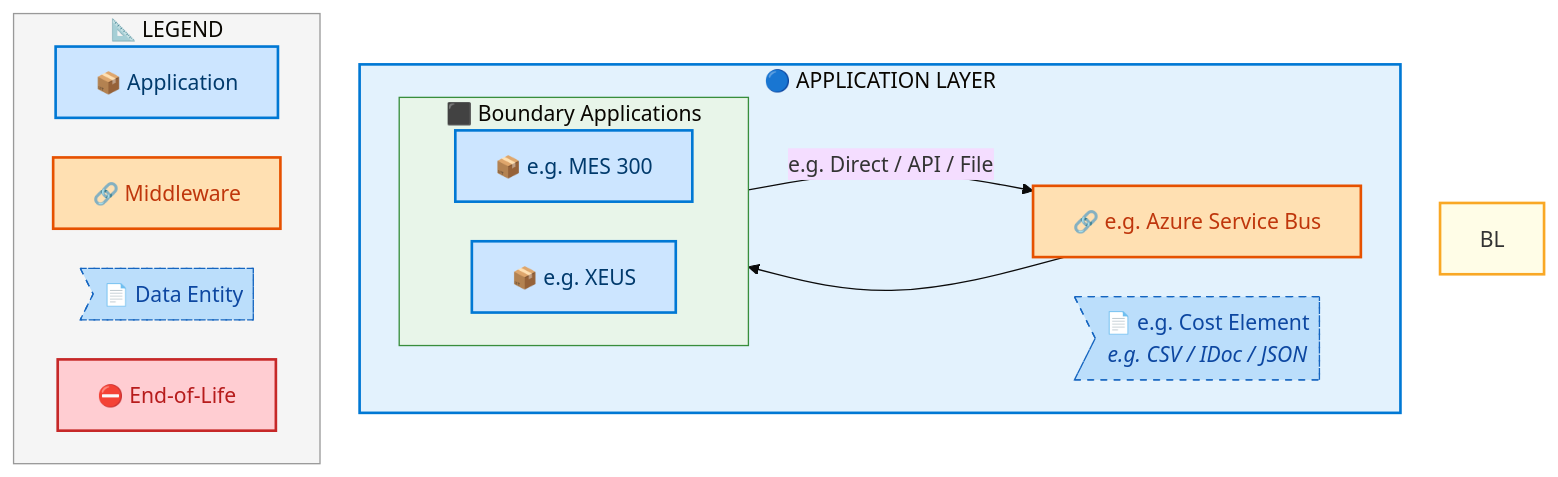
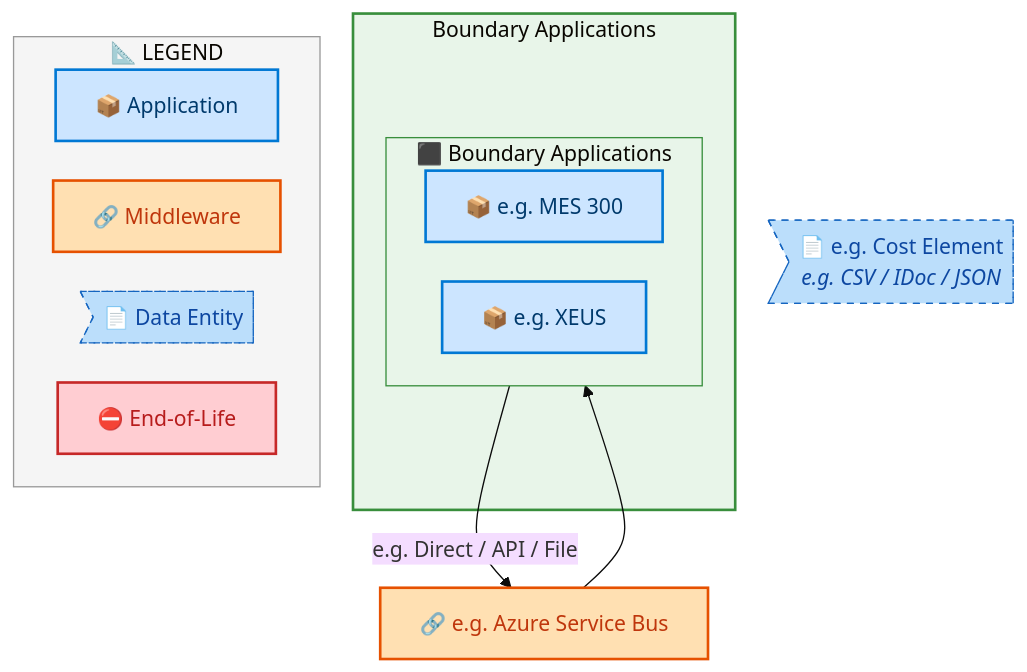
The fifth of 8 diagrams in towers/E2E/Order to Cash/Order_to_Cash_IP/output/docs/systems-architecture/Order_to_Cash_IP-Architecture.md (sajivfrancis777/IAO-Architecture), drawn with Mermaid before and after one commit. The commit also changed other lines of this file and 106 other files, not shown here.

First line of the commit message:
feat: tier-grouped swim lane layout for architecture diagrams

````diff
--- a/towers/E2E/Order to Cash/Order_to_Cash_IP/output/docs/systems-architecture/Order_to_Cash_IP-Architecture.md
+++ b/towers/E2E/Order to Cash/Order_to_Cash_IP/output/docs/systems-architecture/Order_to_Cash_IP-Architecture.md
@@ -625,41 +625,40 @@
 ```mermaid
 %%{init: {"theme": "base", "securityLevel": "loose", "themeVariables": {"fontSize": "16px", "fontFamily": "Segoe UI, Arial, sans-serif"}, "flowchart": {"useMaxWidth": false, "htmlLabels": true, "nodeSpacing": 30, "rankSpacing": 35}} }%%
 flowchart TB
     %% -- ArchiMate 3.2 + Azure style classes --
     classDef business      fill:#FFFFB3,stroke:#F9A825,stroke-width:2px,color:#000
     classDef app           fill:#CCE5FF,stroke:#0078D4,stroke-width:2px,color:#003A6C
     classDef data          fill:#BBDEFB,stroke:#1565C0,stroke-width:1px,color:#0D47A1,stroke-dasharray: 5 5
     classDef middleware    fill:#FFE0B2,stroke:#E65100,stroke-width:2px,color:#BF360C
     classDef eol           fill:#FFCDD2,stroke:#C62828,stroke-width:2px,color:#B71C1C
     classDef saas          fill:#E1BEE7,stroke:#7B1FA2,stroke-width:2px,color:#4A148C
     classDef cloud         fill:#BBDEFB,stroke:#1565C0,stroke-width:2px,color:#0D47A1
     classDef onprem        fill:#C8E6C9,stroke:#2E7D32,stroke-width:2px,color:#1B5E20
 
-    subgraph AL["🔵 APPLICATION LAYER"]
+    subgraph Order_to_Cash_IPCT_Boundary_Applications["Boundary Applications"]
         subgraph Order_to_Cash_IPCLN_Boundary_Applications[" ⬛ Boundary Applications"]
             direction LR
             Order_to_Cash_IPC_e_g_MES_300["📦 e.g. MES 300"]:::app
             Order_to_Cash_IPC_e_g_XEUS["📦 e.g. XEUS"]:::app
         end
-        Order_to_Cash_IPCMW_e_g_Azure_Service_Bus["🔗 e.g. Azure Service Bus"]:::middleware
-        Order_to_Cash_IPCDE_e_g_Cost_Element>"📄 e.g. Cost Element<br/><i>e.g. CSV / IDoc / JSON</i>"]:::data
     end
+
+    Order_to_Cash_IPCMW_e_g_Azure_Service_Bus["🔗 e.g. Azure Service Bus"]:::middleware
+    Order_to_Cash_IPCDE_e_g_Cost_Element>"📄 e.g. Cost Element<br/><i>e.g. CSV / IDoc / JSON</i>"]:::data
 
     Order_to_Cash_IPC_e_g_MES_300 -->|"e.g. Direct / API / File"| Order_to_Cash_IPCMW_e_g_Azure_Service_Bus
     Order_to_Cash_IPCMW_e_g_Azure_Service_Bus --> Order_to_Cash_IPC_e_g_XEUS
 
 
-    style BL fill:#FFFDE7,stroke:#F9A825,stroke-width:2px
-    style AL fill:#E3F2FD,stroke:#0078D4,stroke-width:2px
-
+    style Order_to_Cash_IPCT_Boundary_Applications fill:#E8F5E9,stroke:#388E3C,stroke-width:2px
     style Order_to_Cash_IPCLN_Boundary_Applications fill:#E8F5E9,stroke:#388E3C,stroke-width:1px
 
     subgraph Legend["📐 LEGEND"]
         direction LR
         L_APP["📦 Application"]:::app
         L_MW["🔗 Middleware"]:::middleware
         L_DE>"📄 Data Entity"]:::data
         L_EOL["⛔ End-of-Life"]:::eol
     end
     style Legend fill:#F5F5F5,stroke:#999,stroke-width:1px
 ```
````
